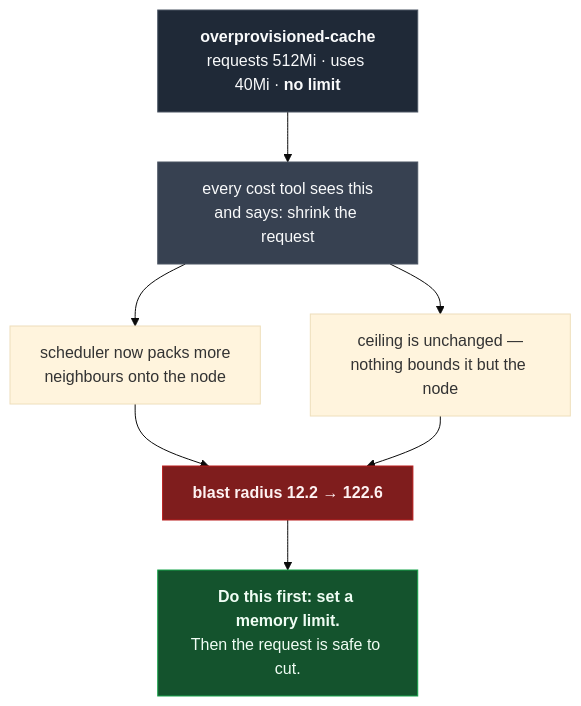
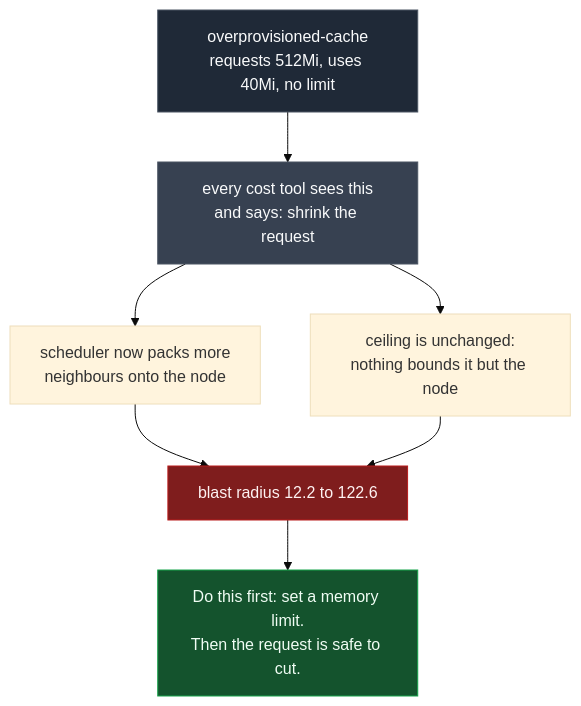
Before and after one commit to bezilla/capsize: the diagram in README.md, drawn with Mermaid (base theme). The commit also changed other lines of this file, not shown here.

Commit message:
Fix mermaid: HTML labels break GitHub's renderer

````diff
--- a/README.md
+++ b/README.md
@@ -141,15 +122,15 @@
 ```mermaid
 flowchart TD
-    A["<b>overprovisioned-cache</b><br/>requests 512Mi · uses 40Mi · <b>no limit</b>"]
-    A --> B["every cost tool sees this<br/>and says: shrink the request"]
-    B --> C["scheduler now packs more<br/>neighbours onto the node"]
-    B --> D["ceiling is unchanged —<br/>nothing bounds it but the node"]
-    C --> E["<b>blast radius 12.2 → 122.6</b>"]
+    A["overprovisioned-cache<br>requests 512Mi, uses 40Mi, no limit"]
+    A --> B["every cost tool sees this<br>and says: shrink the request"]
+    B --> C["scheduler now packs more<br>neighbours onto the node"]
+    B --> D["ceiling is unchanged:<br>nothing bounds it but the node"]
+    C --> E["blast radius 12.2 to 122.6"]
     D --> E
-    E --> F["<b>Do this first: set a memory limit.</b><br/>Then the request is safe to cut."]
+    E --> F["Do this first: set a memory limit.<br>Then the request is safe to cut."]
 
     style A fill:#1f2937,stroke:#4b5563,color:#f9fafb
     style B fill:#374151,stroke:#4b5563,color:#f9fafb
     style E fill:#7f1d1d,stroke:#b91c1c,color:#fef2f2
     style F fill:#14532d,stroke:#16a34a,color:#f0fdf4
 ```
````
